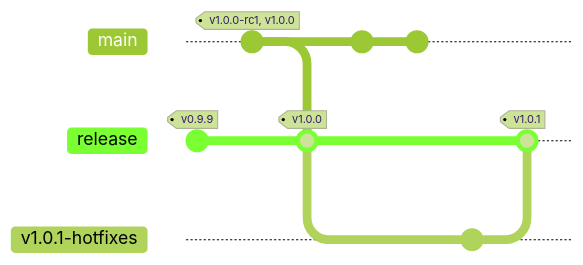
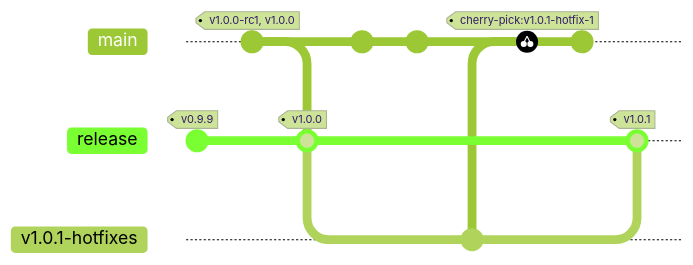
The second of 9 diagrams in README.md (nhsuk/manage-vaccinations-in-schools), drawn with Mermaid (forest theme) before and after one commit. The commit also changed other lines of this file, not shown here. Commit ids are hidden.

First line of the commit message:
Update diagrams

````diff
--- a/README.md
+++ b/README.md
@@ -121,17 +121,21 @@
 ```mermaid
 gitGraph
     branch release
     commit tag: "v0.9.9"
     checkout main
     commit tag: "v1.0.0-rc1, v1.0.0"
     checkout release
     merge main tag: "v1.0.0"
     checkout main
     commit id: "v1.1.0-feature-1"
     commit id: "v1.1.0-feature-2"
     checkout release
     branch v1.0.1-hotfixes
     commit id: "v1.0.1-hotfix-1"
+    checkout main
+    cherry-pick id: "v1.0.1-hotfix-1"
+    commit id: "v1.1.0-feature-3"
     checkout release
     merge v1.0.1-hotfixes tag: "v1.0.1"
+    checkout main
 ```
````
